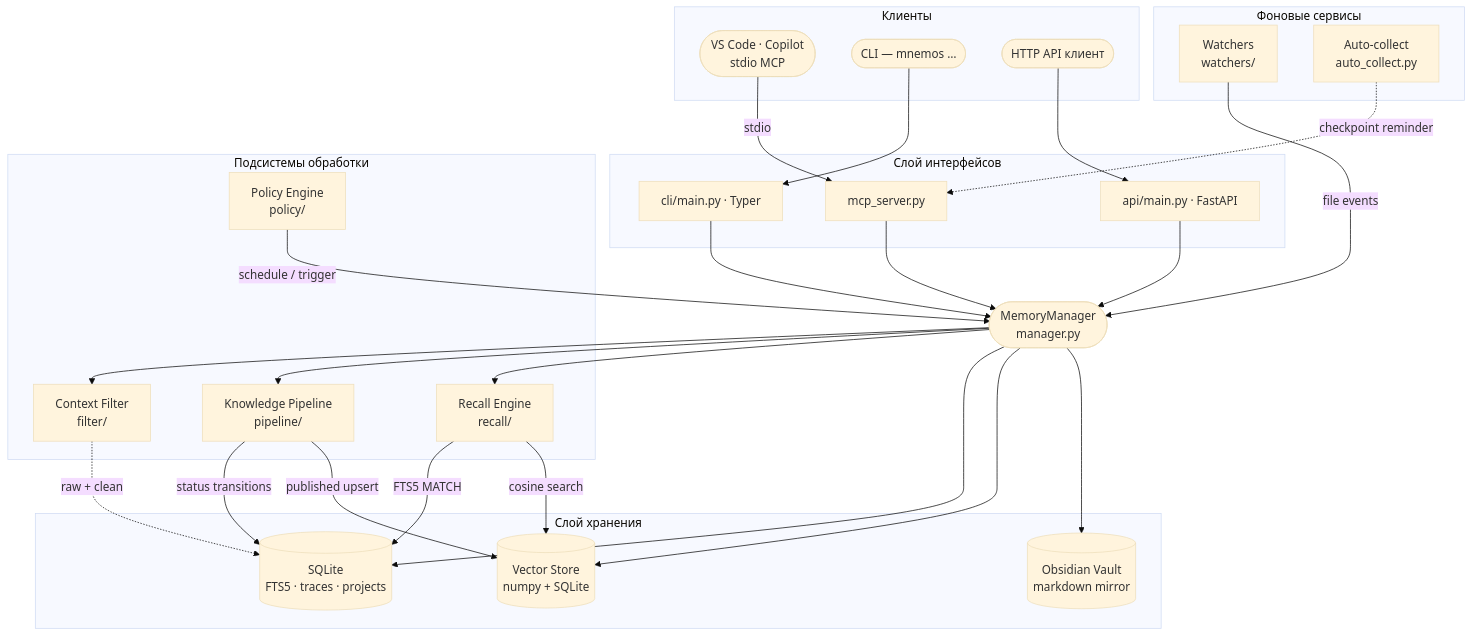
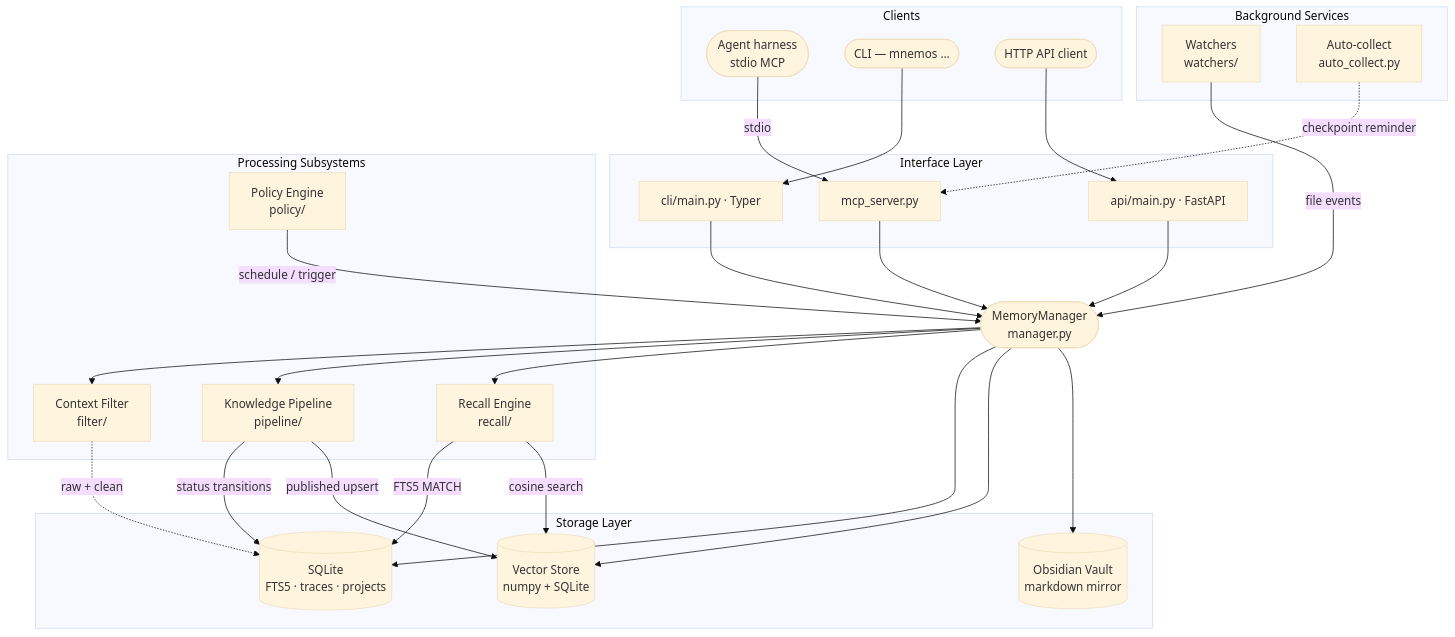
One commit to vesmaro/vesmaro changed the diagram in README.ru.md. Above: the diagram before and after it, drawn with Mermaid (base theme). The commit also changed other lines of this file and 6 other files, not shown here.

````diff
--- a/README.ru.md
+++ b/README.ru.md
@@ -237,55 +273,55 @@
 ```mermaid
 flowchart TB
-    subgraph CLIENTS["Клиенты"]
-        C1(["VS Code · Copilot\nstdio MCP"])
+    subgraph CLIENTS["Clients"]
+        C1(["Agent harness\nstdio MCP"])
         C2(["CLI — mnemos …"])
-        C3(["HTTP API клиент"])
+        C3(["HTTP API client"])
     end
 
-    subgraph IFACE["Слой интерфейсов"]
+    subgraph IFACE["Interface Layer"]
         MCP["mcp_server.py"]
         FAPI["api/main.py · FastAPI"]
         TYPER["cli/main.py · Typer"]
     end
 
     MGR(["MemoryManager\nmanager.py"])
 
-    subgraph PROC["Подсистемы обработки"]
+    subgraph PROC["Processing Subsystems"]
         CF["Context Filter\nfilter/"]
         PP["Knowledge Pipeline\npipeline/"]
         RE["Recall Engine\nrecall/"]
         PE["Policy Engine\npolicy/"]
     end
 
-    subgraph BG["Фоновые сервисы"]
+    subgraph BG["Background Services"]
         WA["Watchers\nwatchers/"]
         AC["Auto-collect\nauto_collect.py"]
     end
 
-    subgraph STORE["Слой хранения"]
+    subgraph STORE["Storage Layer"]
         SQ[("SQLite\nFTS5 · traces · projects")]
         VS[("Vector Store\nnumpy + SQLite")]
         VLT[("Obsidian Vault\nmarkdown mirror")]
     end
 
     C1 -->|"stdio"| MCP
     C2 --> TYPER
     C3 --> FAPI
     MCP --> MGR
     TYPER --> MGR
     FAPI --> MGR
     MGR --> CF
     MGR --> PP
     MGR --> RE
     MGR --> SQ
     MGR --> VS
     MGR --> VLT
     CF -.->|"raw + clean"| SQ
     PP -->|"status transitions"| SQ
     PP -->|"published upsert"| VS
     RE -->|"FTS5 MATCH"| SQ
     RE -->|"cosine search"| VS
     PE -->|"schedule / trigger"| MGR
     WA -->|"file events"| MGR
     AC -.->|"checkpoint reminder"| MCP
 ```
````
